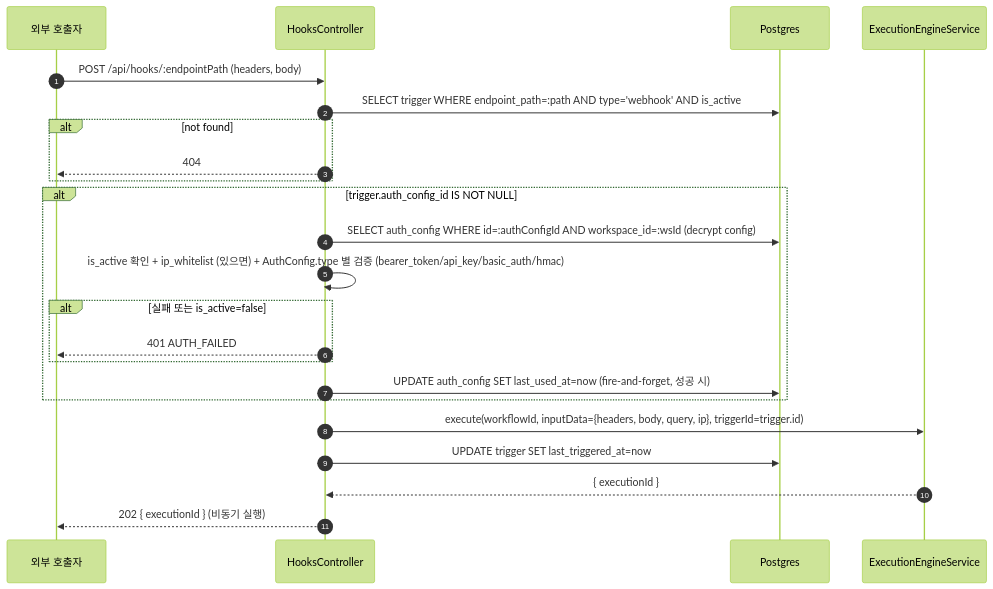
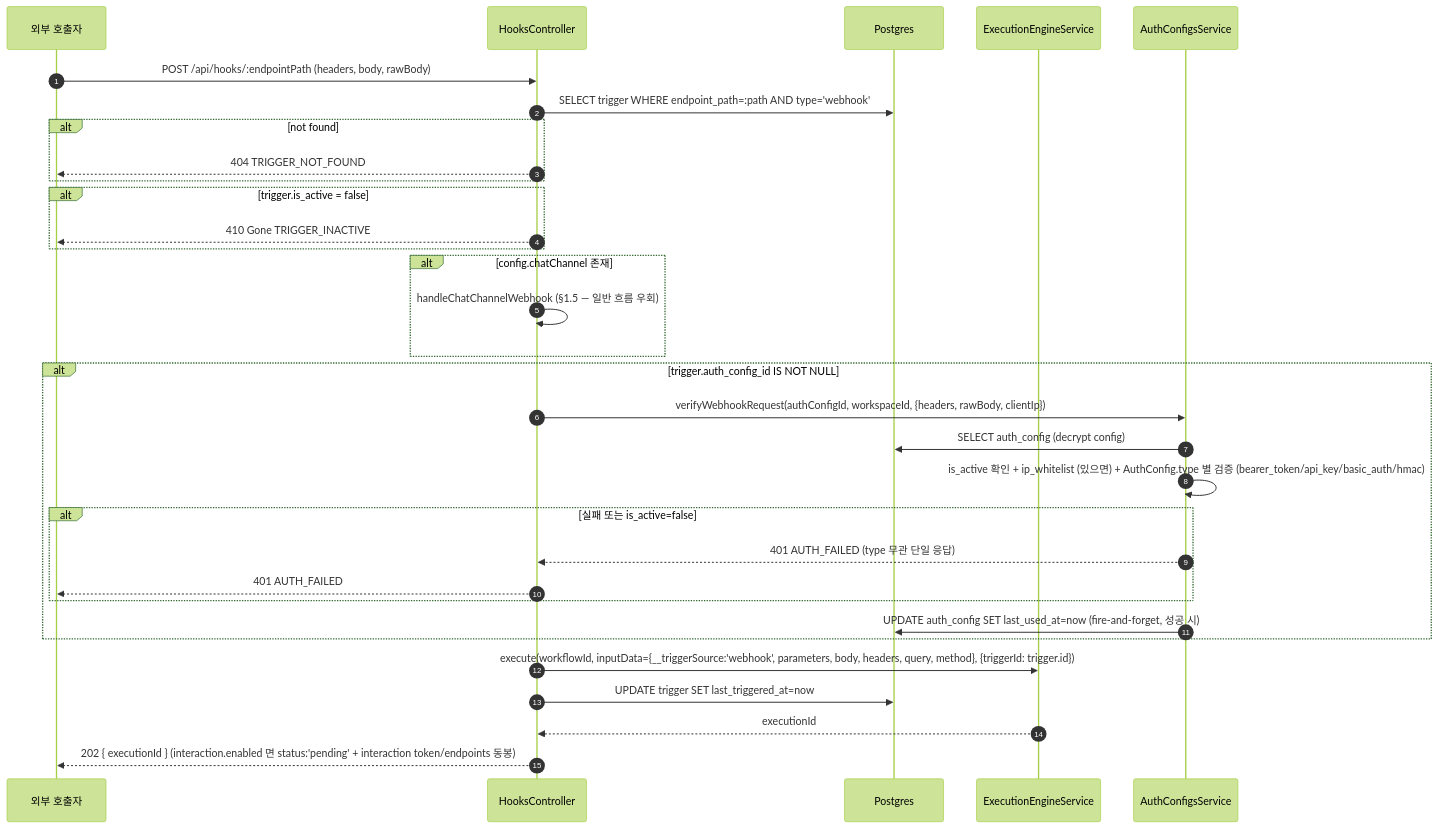
Before and after one commit to worker-ants/clemvion: the second of 3 diagrams in spec/data-flow/10-triggers.md, drawn with Mermaid (forest theme). The commit also changed other lines of this file and 186 other files, not shown here.

````diff
--- a/spec/data-flow/10-triggers.md
+++ b/spec/data-flow/10-triggers.md
@@ -46,26 +46,36 @@
 ```mermaid
 sequenceDiagram
   autonumber
   participant Ext as 외부 호출자
   participant Hk as HooksController
   participant PG as Postgres
   participant Eng as ExecutionEngineService
 
-  Ext->>Hk: POST /api/hooks/:endpointPath (headers, body)
-  Hk->>PG: SELECT trigger WHERE endpoint_path=:path AND type='webhook' AND is_active
+  participant AC as AuthConfigsService
+
+  Ext->>Hk: POST /api/hooks/:endpointPath (headers, body, rawBody)
+  Hk->>PG: SELECT trigger WHERE endpoint_path=:path AND type='webhook'
   alt not found
-    Hk-->>Ext: 404
+    Hk-->>Ext: 404 TRIGGER_NOT_FOUND
+  end
+  alt trigger.is_active = false
+    Hk-->>Ext: 410 Gone TRIGGER_INACTIVE
+  end
+  alt config.chatChannel 존재
+    Hk->>Hk: handleChatChannelWebhook (§1.5 — 일반 흐름 우회)
   end
   alt trigger.auth_config_id IS NOT NULL
-    Hk->>PG: SELECT auth_config WHERE id=:authConfigId AND workspace_id=:wsId (decrypt config)
-    Hk->>Hk: is_active 확인 + ip_whitelist (있으면) + AuthConfig.type 별 검증 (bearer_token/api_key/basic_auth/hmac)
+    Hk->>AC: verifyWebhookRequest(authConfigId, workspaceId, {headers, rawBody, clientIp})
+    AC->>PG: SELECT auth_config (decrypt config)
+    AC->>AC: is_active 확인 + ip_whitelist (있으면) + AuthConfig.type 별 검증 (bearer_token/api_key/basic_auth/hmac)
     alt 실패 또는 is_active=false
+      AC-->>Hk: 401 AUTH_FAILED (type 무관 단일 응답)
       Hk-->>Ext: 401 AUTH_FAILED
     end
-    Hk->>PG: UPDATE auth_config SET last_used_at=now (fire-and-forget, 성공 시)
+    AC->>PG: UPDATE auth_config SET last_used_at=now (fire-and-forget, 성공 시)
   end
-  Hk->>Eng: execute(workflowId, inputData={headers, body, query, ip}, triggerId=trigger.id)
+  Hk->>Eng: execute(workflowId, inputData={__triggerSource:'webhook', parameters, body, headers, query, method}, {triggerId: trigger.id})
   Hk->>PG: UPDATE trigger SET last_triggered_at=now
-  Eng-->>Hk: { executionId }
-  Hk-->>Ext: 202 { executionId } (비동기 실행)
+  Eng-->>Hk: executionId
+  Hk-->>Ext: 202 { executionId } (interaction.enabled 면 status:'pending' + interaction token/endpoints 동봉)
 ```
````
